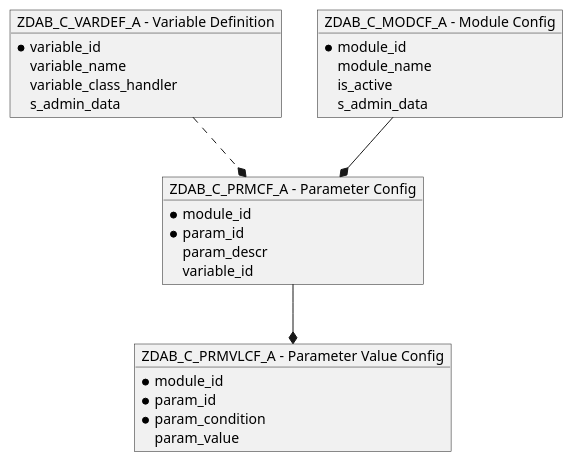
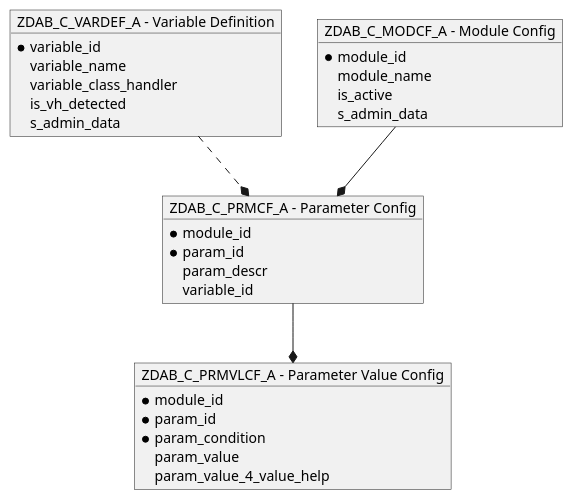
Before and after one commit to aliaksei-dunets-public/dab_custom_btp_abap_common: the diagram in UMLSchemas/db_objects.wsd, drawn with PlantUML.

Commit message:
Add new fields into DB UML Object Diagram

```diff
--- a/UMLSchemas/db_objects.wsd
+++ b/UMLSchemas/db_objects.wsd
@@ -1,39 +1,41 @@
 @startuml DatabaseObjects
 
 ' Variable Definition DB 
 object "ZDAB_C_VARDEF_A - Variable Definition" as ZDAB_C_VARDEF_A { 
   *variable_id
   variable_name
   variable_class_handler
+  is_vh_detected
   s_admin_data
 }
 
 ' Module Configuration DB
 object "ZDAB_C_MODCF_A - Module Config" as ZDAB_C_MODCF_A {
     *module_id
     module_name
     is_active
     s_admin_data
 }
 
 ' Parameter Configuration DB
 object "ZDAB_C_PRMCF_A - Parameter Config" as ZDAB_C_PRMCF_A {
     *module_id
     *param_id
     param_descr
     variable_id
 }
 
 ' Parameter Value Configuration DB
 object "ZDAB_C_PRMVLCF_A - Parameter Value Config" as ZDAB_C_PRMVLCF_A {
     *module_id
     *param_id
     *param_condition
     param_value
+    param_value_4_value_help
 }
 
 ZDAB_C_MODCF_A --* ZDAB_C_PRMCF_A
 ZDAB_C_PRMCF_A --* ZDAB_C_PRMVLCF_A
 ZDAB_C_VARDEF_A ..* ZDAB_C_PRMCF_A
 
 @enduml
```
